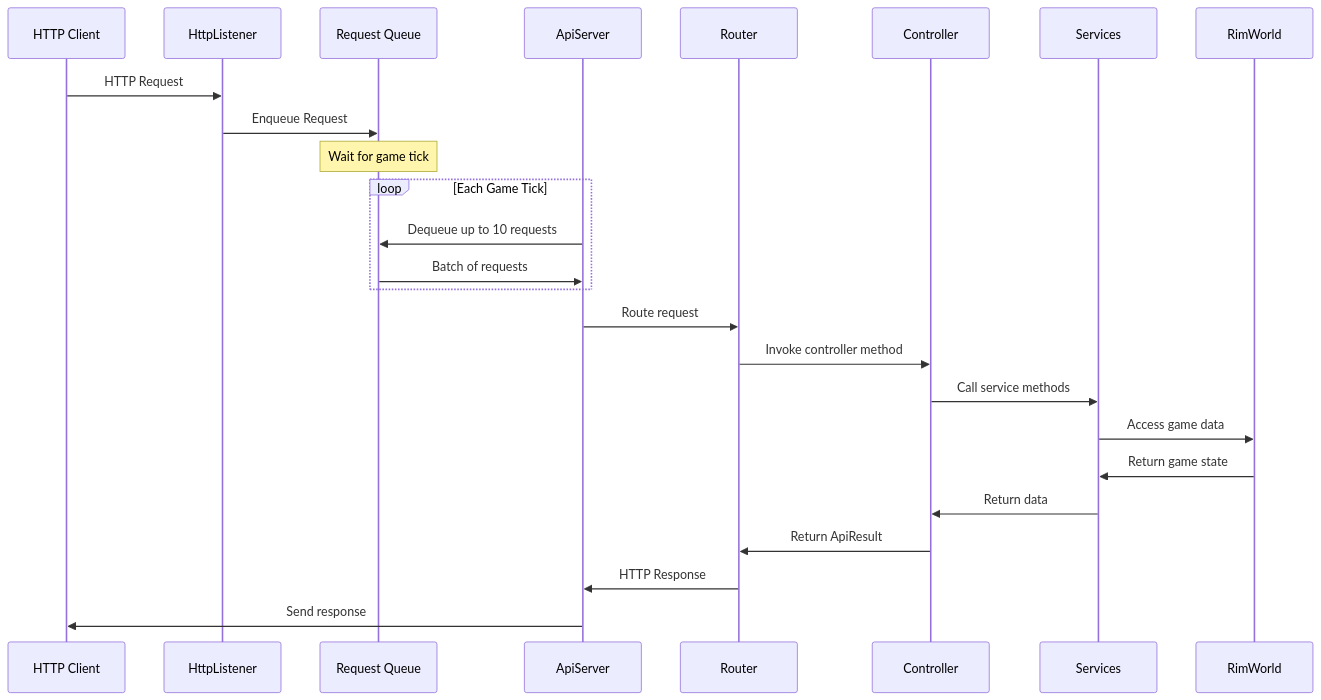
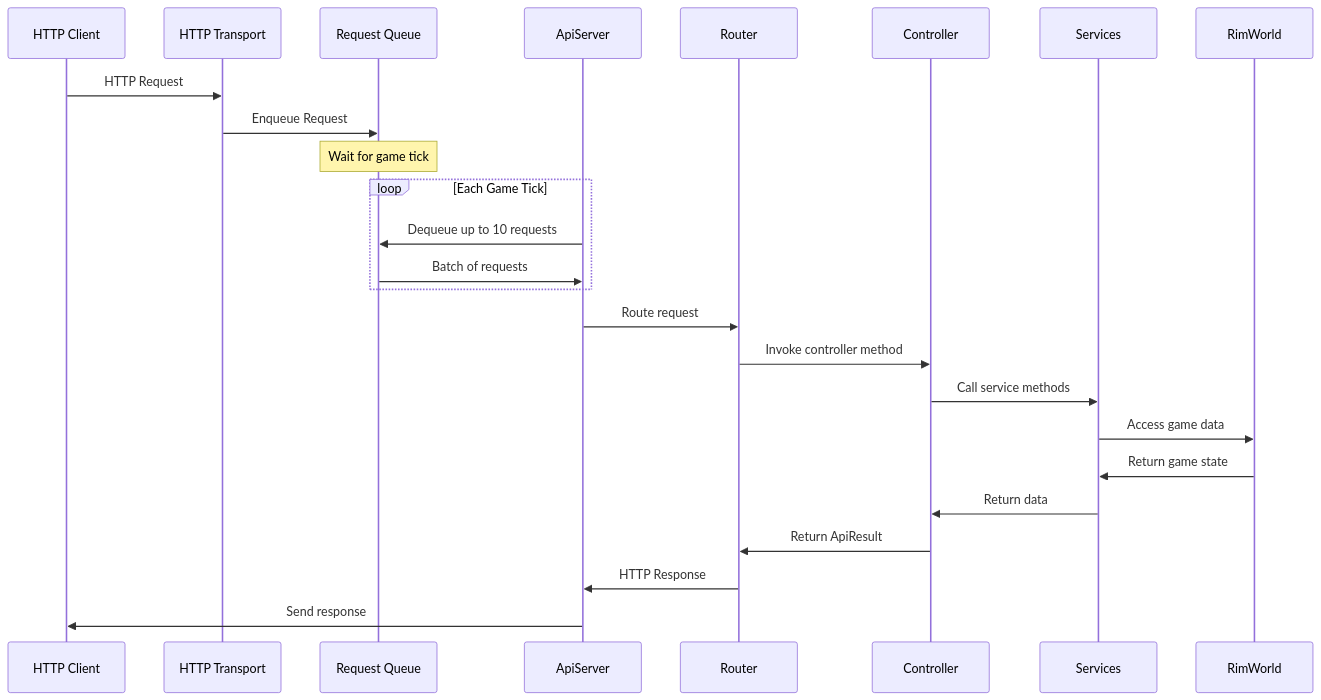
Before and after one commit to IlyaChichkov/RIMAPI: the second of 3 diagrams in docs/contributors_guide/architecture.md, drawn with Mermaid. The commit also changed other lines of this file and 71 other files, not shown here.

````diff
--- a/docs/contributors_guide/architecture.md
+++ b/docs/contributors_guide/architecture.md
@@ -75,30 +75,30 @@
 ```mermaid
     sequenceDiagram
         participant C as HTTP Client
-        participant L as HttpListener
+        participant L as HTTP Transport
         participant Q as Request Queue
         participant AS as ApiServer
         participant R as Router
         participant CTL as Controller
         participant S as Services
         participant RW as RimWorld
 
         C->>L: HTTP Request
         L->>Q: Enqueue Request
         note over Q: Wait for game tick
         
         loop Each Game Tick
             AS->>Q: Dequeue up to 10 requests
             Q->>AS: Batch of requests
         end
         
         AS->>R: Route request
         R->>CTL: Invoke controller method
         CTL->>S: Call service methods
         S->>RW: Access game data
         RW->>S: Return game state
         S->>CTL: Return data
         CTL->>R: Return ApiResult
         R->>AS: HTTP Response
         AS->>C: Send response
 ```
````
